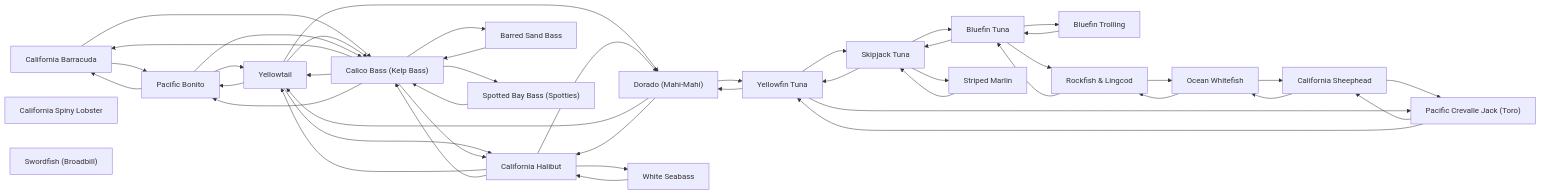
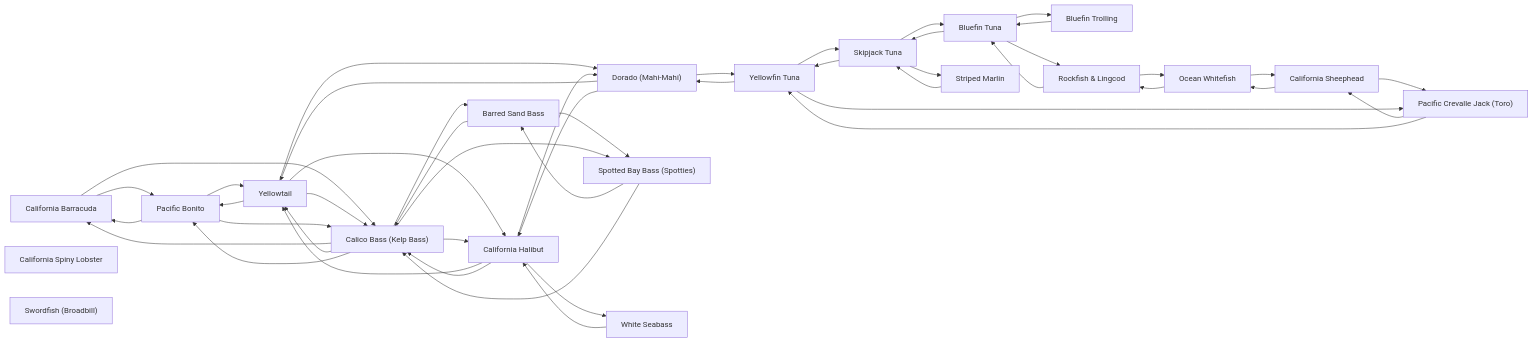
The diagram in species/README.md (camchuckpete-max/Socal-Fishing-Knowledge), drawn with Mermaid before and after one commit. The commit also changed 12 other files, not shown here.

````diff
--- a/species/README.md
+++ b/species/README.md
@@ -33,67 +33,69 @@
 ```mermaid
 graph LR
   n0["California Barracuda"]
   n1["Bluefin Trolling"]
   n2["Bluefin Tuna"]
   n3["Pacific Bonito"]
   n4["Calico Bass (Kelp Bass)"]
   n5["California Halibut"]
   n6["California Spiny Lobster"]
   n7["Dorado (Mahi-Mahi)"]
   n8["Ocean Whitefish"]
   n9["Pacific Crevalle Jack (Toro)"]
   n10["Rockfish & Lingcod"]
   n11["Barred Sand Bass"]
   n12["California Sheephead"]
   n13["Skipjack Tuna"]
   n14["Spotted Bay Bass (Spotties)"]
   n15["Striped Marlin"]
   n16["Swordfish (Broadbill)"]
   n17["White Seabass"]
   n18["Yellowfin Tuna"]
   n19["Yellowtail"]
   n0 --> n3
   n0 --> n4
   n1 --> n2
   n10 --> n2
   n10 --> n8
+  n11 --> n14
   n11 --> n4
   n12 --> n8
   n12 --> n9
   n13 --> n15
   n13 --> n18
   n13 --> n2
+  n14 --> n11
   n14 --> n4
   n15 --> n13
   n17 --> n5
   n18 --> n13
   n18 --> n7
   n18 --> n9
   n19 --> n3
   n19 --> n4
   n19 --> n5
   n19 --> n7
   n2 --> n1
   n2 --> n10
   n2 --> n13
   n3 --> n0
   n3 --> n19
   n3 --> n4
   n4 --> n0
   n4 --> n11
   n4 --> n14
   n4 --> n19
   n4 --> n3
   n4 --> n5
   n5 --> n17
   n5 --> n19
   n5 --> n4
   n5 --> n7
   n7 --> n18
   n7 --> n19
   n7 --> n5
   n8 --> n10
   n8 --> n12
   n9 --> n12
   n9 --> n18
 ```
````
